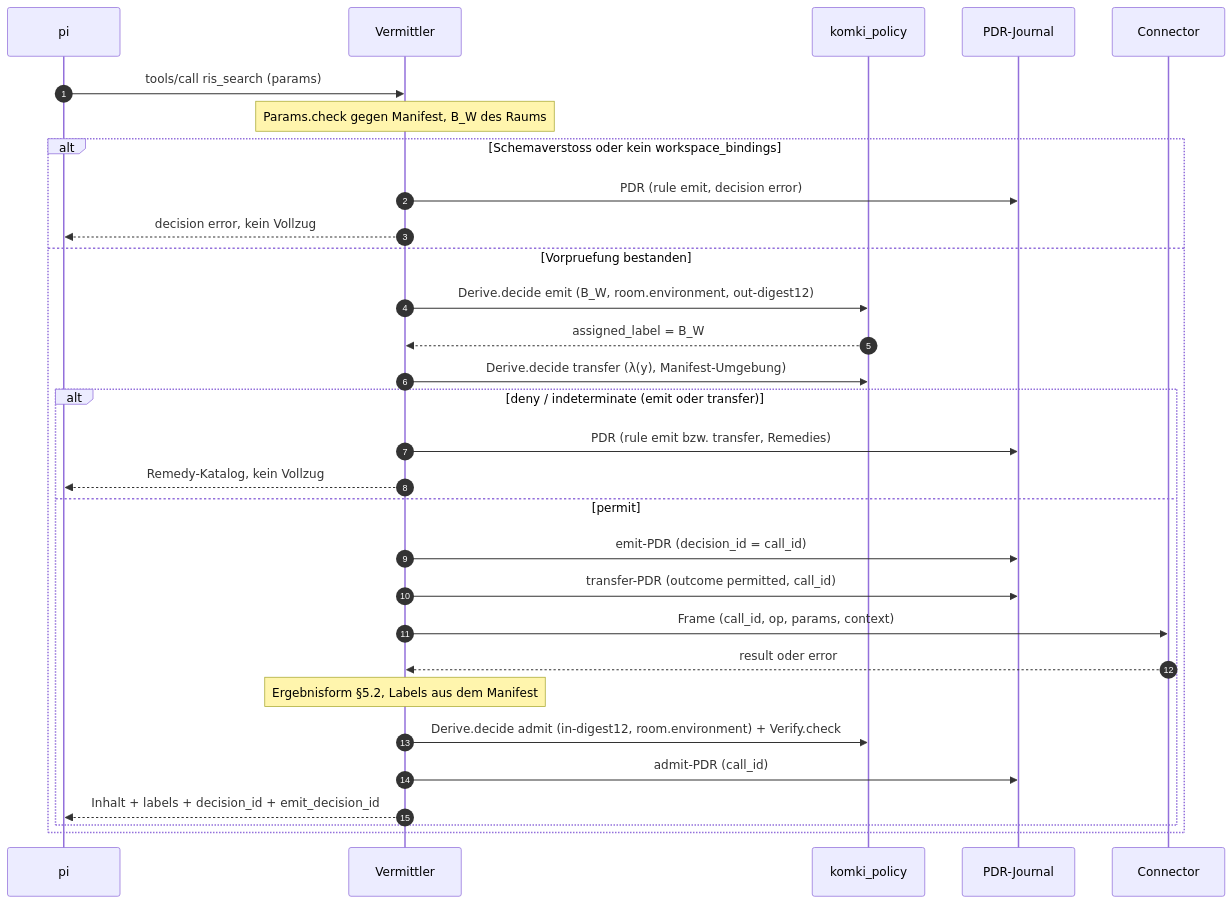
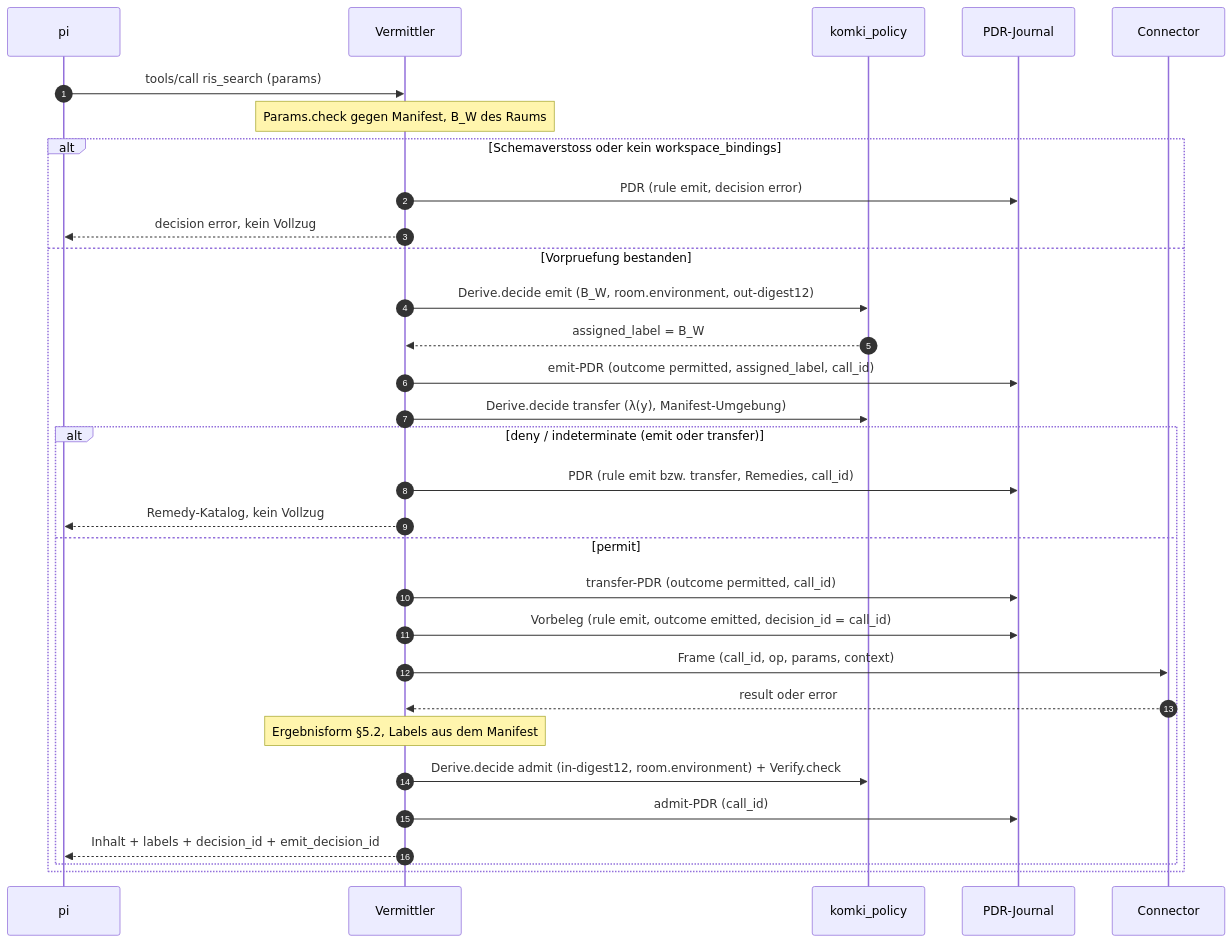
One commit to croesnick/kommunalpolitik_ki changed the third of 3 diagrams in apps/komki_mediator/README.md. Above: the diagram before and after it, drawn with Mermaid. The commit also changed other lines of this file and 8 other files, not shown here.

Commit message:
Journal lückenlos: jede Entscheidung eines Connector-Aufrufs sofort als PDR, Vorbeleg vor Wirkung getrennt; Vertrag §6.1 und Doku (Ticket #298)

````diff
--- a/apps/komki_mediator/README.md
+++ b/apps/komki_mediator/README.md
@@ -152,33 +152,34 @@
 ```mermaid
 sequenceDiagram
     autonumber
     participant P as pi
     participant M as Vermittler
     participant K as komki_policy
     participant J as PDR-Journal
     participant C as Connector
 
     P->>M: tools/call ris_search (params)
     Note over M: Params.check gegen Manifest, B_W des Raums
     alt Schemaverstoss oder kein workspace_bindings
         M->>J: PDR (rule emit, decision error)
         M-->>P: decision error, kein Vollzug
     else Vorpruefung bestanden
         M->>K: Derive.decide emit (B_W, room.environment, out-digest12)
         K-->>M: assigned_label = B_W
+        M->>J: emit-PDR (outcome permitted, assigned_label, call_id)
         M->>K: Derive.decide transfer (λ(y), Manifest-Umgebung)
         alt deny / indeterminate (emit oder transfer)
-            M->>J: PDR (rule emit bzw. transfer, Remedies)
+            M->>J: PDR (rule emit bzw. transfer, Remedies, call_id)
             M-->>P: Remedy-Katalog, kein Vollzug
         else permit
-            M->>J: emit-PDR (decision_id = call_id)
             M->>J: transfer-PDR (outcome permitted, call_id)
+            M->>J: Vorbeleg (rule emit, outcome emitted, decision_id = call_id)
             M->>C: Frame (call_id, op, params, context)
             C-->>M: result oder error
             Note over M: Ergebnisform §5.2, Labels aus dem Manifest
             M->>K: Derive.decide admit (in-digest12, room.environment) + Verify.check
             M->>J: admit-PDR (call_id)
             M-->>P: Inhalt + labels + decision_id + emit_decision_id
         end
     end
 ```
````
